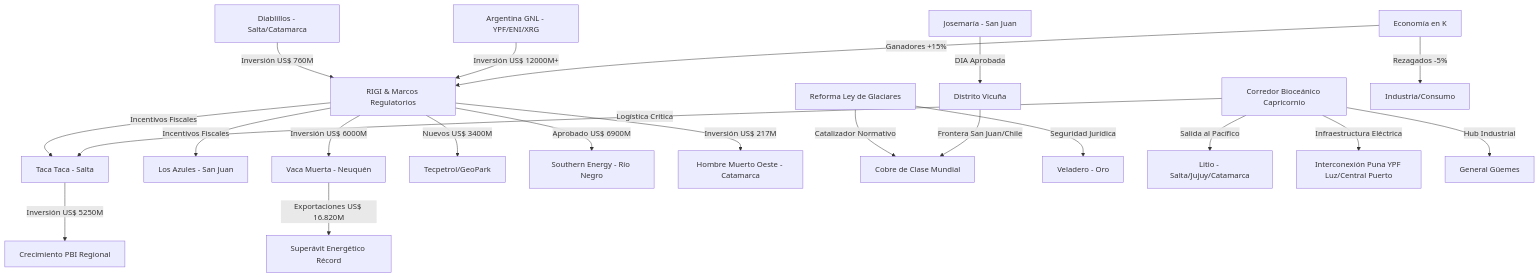
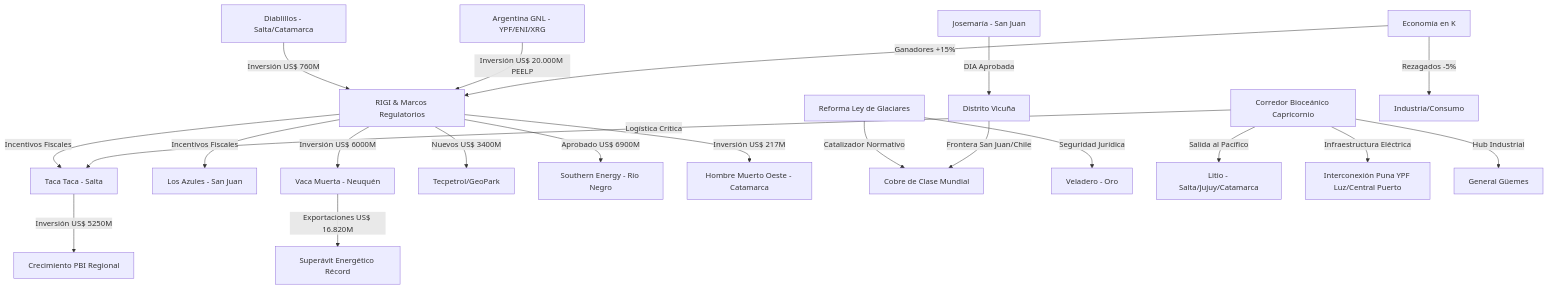
The diagram in wiki/03 Analysis/Oportunidades y Conexiones.md (GustavoDago/argentina-mining-vault), drawn with Mermaid before and after one commit. The commit also changed other lines of this file and 8 other files, not shown here.

````diff
--- a/wiki/03 Analysis/Oportunidades y Conexiones.md
+++ b/wiki/03 Analysis/Oportunidades y Conexiones.md
@@ -29,29 +29,29 @@
 ```mermaid
 graph TD
     RIGI[RIGI & Marcos Regulatorios] --> |Incentivos Fiscales| TacaTaca[Taca Taca - Salta]
     RIGI --> |Incentivos Fiscales| LosAzules[Los Azules - San Juan]
     RIGI --> |Inversión US$ 6000M| VacaMuerta[Vaca Muerta - Neuquén]
     RIGI --> |Nuevos US$ 3400M| VMNuevos[Tecpetrol/GeoPark]
     RIGI --> |Aprobado US$ 6900M| Southern[Southern Energy - Río Negro]
     RIGI --> |Inversión US$ 217M| HMW[Hombre Muerto Oeste - Catamarca]
 
     LG[Reforma Ley de Glaciares] --> |Catalizador Normativo| Cobre[Cobre de Clase Mundial]
     LG --> |Seguridad Jurídica| Veladero[Veladero - Oro]
 
     CBC[Corredor Bioceánico Capricornio] --> |Logística Crítica| TacaTaca
     CBC --> |Salida al Pacífico| Litio[Litio - Salta/Jujuy/Catamarca]
     CBC --> |Infraestructura Eléctrica| PunaEnergy[Interconexión Puna YPF Luz/Central Puerto]
     CBC --> |Hub Industrial| Guemes[General Güemes]
 
     Diablillos[Diablillos - Salta/Catamarca] --> |Inversión US$ 760M| RIGI
-    ArgGNL[Argentina GNL - YPF/ENI/XRG] --> |Inversión US$ 12000M+| RIGI
+    ArgGNL[Argentina GNL - YPF/ENI/XRG] --> |Inversión US$ 20.000M PEELP| RIGI
 
     TacaTaca --> |Inversión US$ 5250M| PBI_Salta[Crecimiento PBI Regional]
     VacaMuerta --> |Exportaciones US$ 16.820M| ExportEnergy[Superávit Energético Récord]
 
     Josemaria[Josemaría - San Juan] --> |DIA Aprobada| Vicuña[Distrito Vicuña]
     Vicuña --> |Frontera San Juan/Chile| Cobre
 
     K_Econ[Economía en K] --> |Ganadores +15%| RIGI
     K_Econ --> |Rezagados -5%| MercadoInterno[Industria/Consumo]
 ```
````
